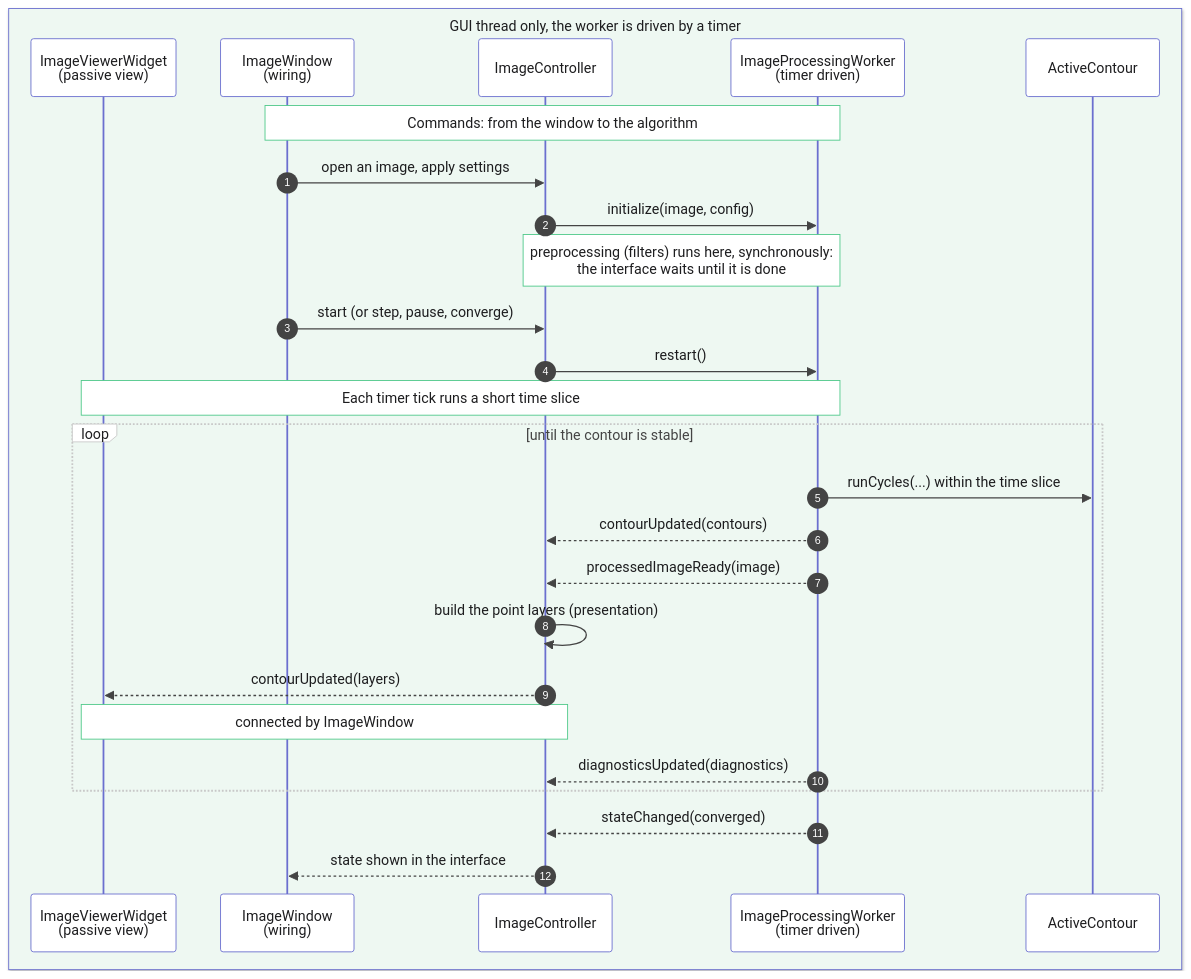
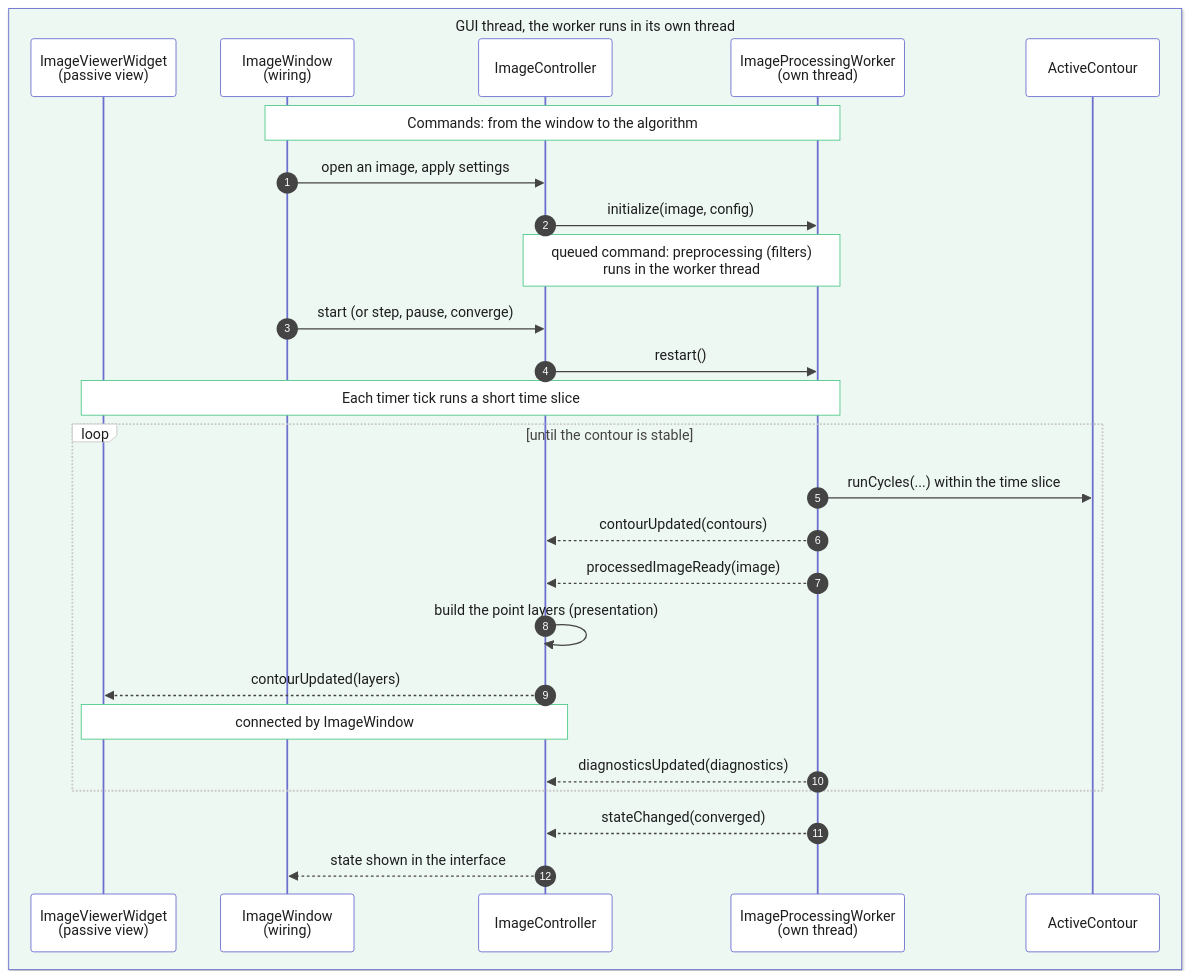
One commit to fluvel-io/fluvel-set changed the diagram in docs/mermaid/image_session_sequence.mmd. Above: the diagram before and after it, drawn with Mermaid. The commit also changed 4 other files, not shown here.

Commit message:
refactor(worker): run the image processing worker in its own thread

```diff
--- a/docs/mermaid/image_session_sequence.mmd
+++ b/docs/mermaid/image_session_sequence.mmd
@@ -1,39 +1,39 @@
 %%{init: {"theme": "base", "themeVariables": {
   "primaryColor": "#f4f5ff", "primaryBorderColor": "#6b6fcf", "primaryTextColor": "#1d1d1f",
   "lineColor": "#6b6fcf", "actorBkg": "#ffffff", "actorBorder": "#6b6fcf", "actorTextColor": "#1d1d1f",
   "noteBkgColor": "#ffffff", "noteBorderColor": "#4fc98a", "noteTextColor": "#1d1d1f",
   "signalColor": "#444444", "signalTextColor": "#1d1d1f", "labelBoxBkgColor": "#ffffff",
   "labelBoxBorderColor": "#c8c8c8", "loopTextColor": "#444444", "sequenceNumberColor": "#ffffff"}}}%%
 sequenceDiagram
     autonumber
 
-    box rgb(238,248,242) GUI thread only, the worker is driven by a timer
+    box rgb(238,248,242) GUI thread, the worker runs in its own thread
         participant V as ImageViewerWidget<br/>(passive view)
         participant W as ImageWindow<br/>(wiring)
         participant C as ImageController
-        participant P as ImageProcessingWorker<br/>(timer driven)
+        participant P as ImageProcessingWorker<br/>(own thread)
         participant A as ActiveContour
     end
 
     Note over W,P: Commands: from the window to the algorithm
 
     W->>C: open an image, apply settings
     C->>P: initialize(image, config)
-    Note over C,P: preprocessing (filters) runs here, synchronously:<br/>the interface waits until it is done
+    Note over C,P: queued command: preprocessing (filters)<br/>runs in the worker thread
     W->>C: start (or step, pause, converge)
     C->>P: restart()
 
     Note over P,V: Each timer tick runs a short time slice
 
     loop until the contour is stable
         P->>A: runCycles(...) within the time slice
         P-->>C: contourUpdated(contours)
         P-->>C: processedImageReady(image)
         C->>C: build the point layers (presentation)
         C-->>V: contourUpdated(layers)
         Note over C,V: connected by ImageWindow
         P-->>C: diagnosticsUpdated(diagnostics)
     end
 
     P-->>C: stateChanged(converged)
     C-->>W: state shown in the interface
```
